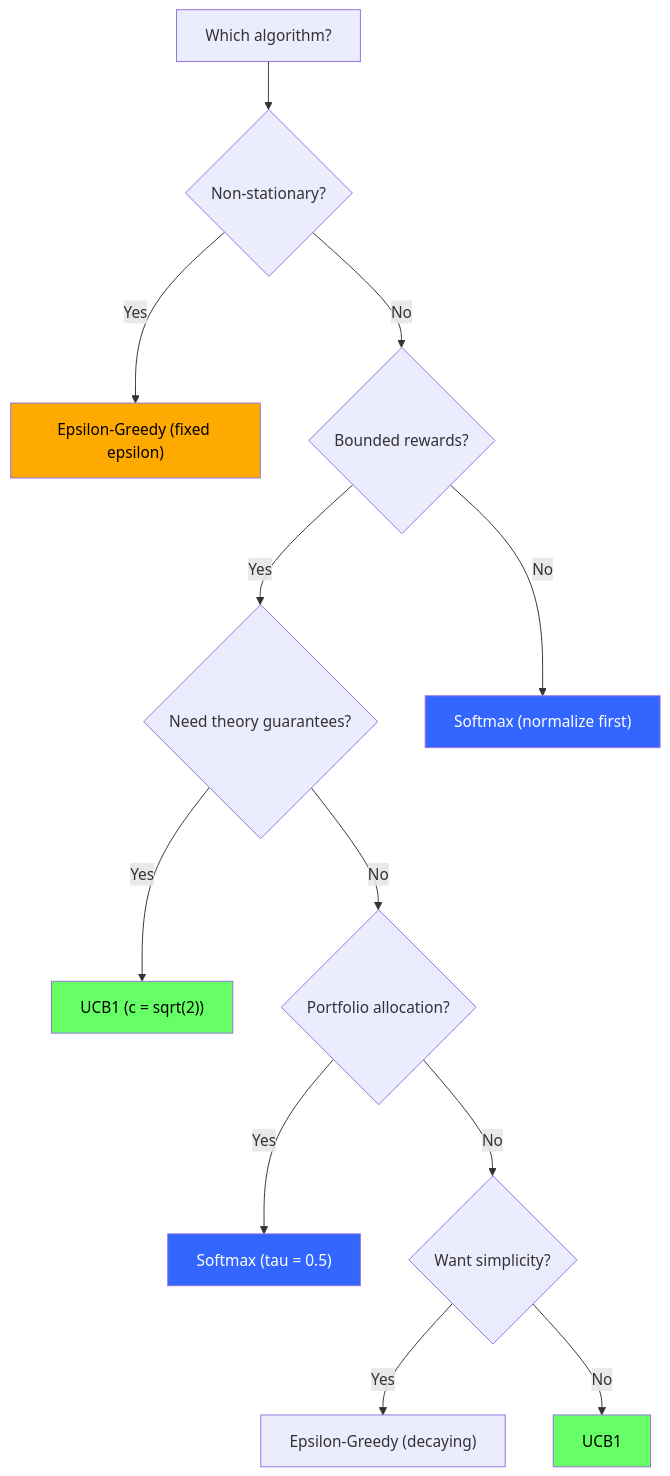
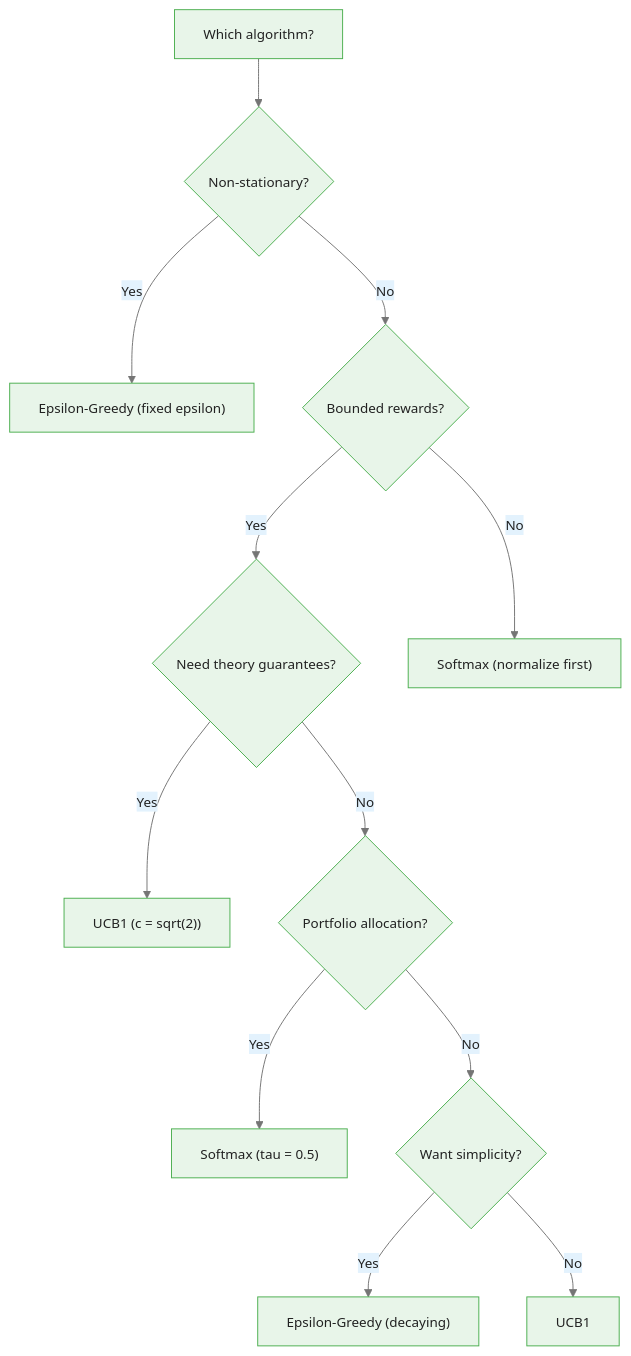
One commit to m-deane/course-creator changed the first of 3 diagrams in courses/multi-armed-bandits-ab-testing/modules/module_01_bandit_algorithms/guides/cheatsheet_slides.md. Above: the diagram before and after it, drawn with Mermaid. The commit also changed other lines of this file and 146 other files, not shown here.

````diff
--- a/courses/multi-armed-bandits-ab-testing/modules/module_01_bandit_algorithms/guides/cheatsheet_slides.md
+++ b/courses/multi-armed-bandits-ab-testing/modules/module_01_bandit_algorithms/guides/cheatsheet_slides.md
@@ -31,20 +38,15 @@
 ```mermaid
+%%{init: {"theme": "base", "themeVariables": {"primaryColor": "#e8f5e9", "primaryBorderColor": "#4caf50", "primaryTextColor": "#212121", "secondaryColor": "#e3f2fd", "tertiaryColor": "#fff8e1", "lineColor": "#757575", "fontFamily": "Inter, sans-serif", "fontSize": "14px"}}}%%
 flowchart TD
     Start["Which algorithm?"] --> NS{"Non-stationary?"}
     NS -->|Yes| EG["Epsilon-Greedy (fixed epsilon)"]
     NS -->|No| Bounded{"Bounded rewards?"}
     Bounded -->|Yes| Theory{"Need theory guarantees?"}
     Bounded -->|No| SM["Softmax (normalize first)"]
     Theory -->|Yes| UCB["UCB1 (c = sqrt(2))"]
     Theory -->|No| Portfolio{"Portfolio allocation?"}
     Portfolio -->|Yes| SM2["Softmax (tau = 0.5)"]
     Portfolio -->|No| Simple{"Want simplicity?"}
     Simple -->|Yes| EG2["Epsilon-Greedy (decaying)"]
     Simple -->|No| UCB2["UCB1"]
-
-    style UCB fill:#6f6,color:#000
-    style UCB2 fill:#6f6,color:#000
-    style EG fill:#fa0,color:#000
-    style SM fill:#36f,color:#fff
-    style SM2 fill:#36f,color:#fff
 ```
````
